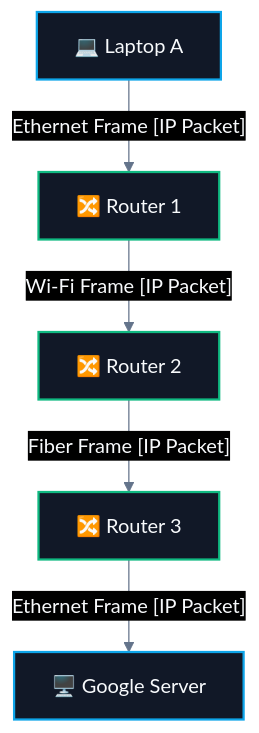
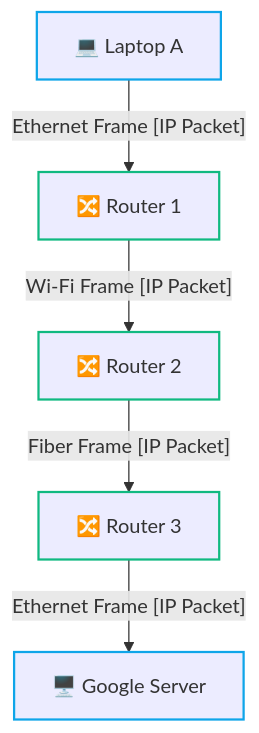
Before and after one commit to abhinavbharti2345/CS_Notes: the fourth of 4 diagrams in CS/Computer Networking/02. Data Flow & Encapsulation/03. Data Units - Segment, Packet, Frame, Bits.md, drawn with Mermaid. The commit also changed other lines of this file and 91 other files, not shown here.

````diff
--- a/CS/Computer Networking/02. Data Flow & Encapsulation/03. Data Units - Segment, Packet, Frame, Bits.md
+++ b/CS/Computer Networking/02. Data Flow & Encapsulation/03. Data Units - Segment, Packet, Frame, Bits.md
@@ -173,13 +170,12 @@
 ```mermaid
-%%{init: {'theme': 'base', 'themeVariables': { 'darkMode': true, 'background': '#0B0F14', 'mainBkg': '#111827', 'primaryColor': '#111827', 'primaryTextColor': '#F8FAFC', 'primaryBorderColor': '#38BDF8', 'lineColor': '#64748B', 'secondaryColor': '#0B0F14', 'tertiaryColor': '#0B0F14', 'clusterBkg': '#0B0F14', 'clusterBorder': '#38BDF8' }}}%%
 flowchart TD
     L["💻 Laptop A"] -->|"Ethernet Frame [IP Packet]"| R1["🔀 Router 1"]
     R1 -->|"Wi-Fi Frame [IP Packet]"| R2["🔀 Router 2"]
     R2 -->|"Fiber Frame [IP Packet]"| R3["🔀 Router 3"]
     R3 -->|"Ethernet Frame [IP Packet]"| S["🖥️ Google Server"]
 
-    classDef host fill:#111827,stroke:#0ea5e9,stroke-width:1.8px,color:#F8FAFC;
-    classDef router fill:#111827,stroke:#10b981,stroke-width:1.8px,color:#F8FAFC;
+    classDef host stroke:#0ea5e9,stroke-width:1.8px;
+    classDef router stroke:#10b981,stroke-width:1.8px;
     class L,S host;
     class R1,R2,R3 router;
 ```
````
